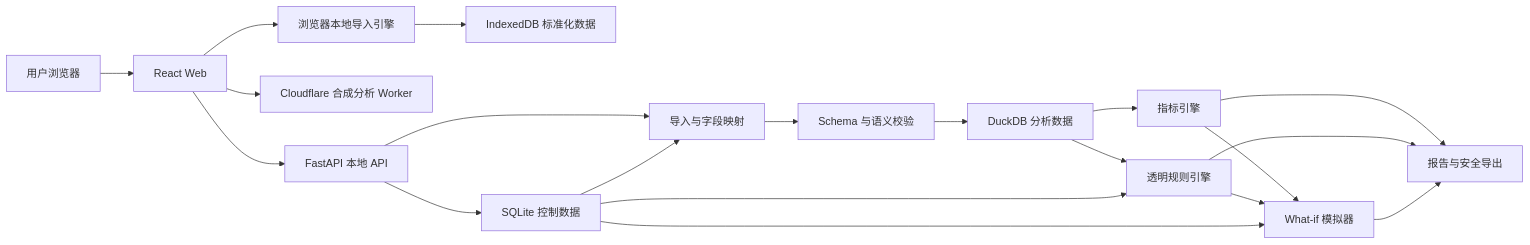
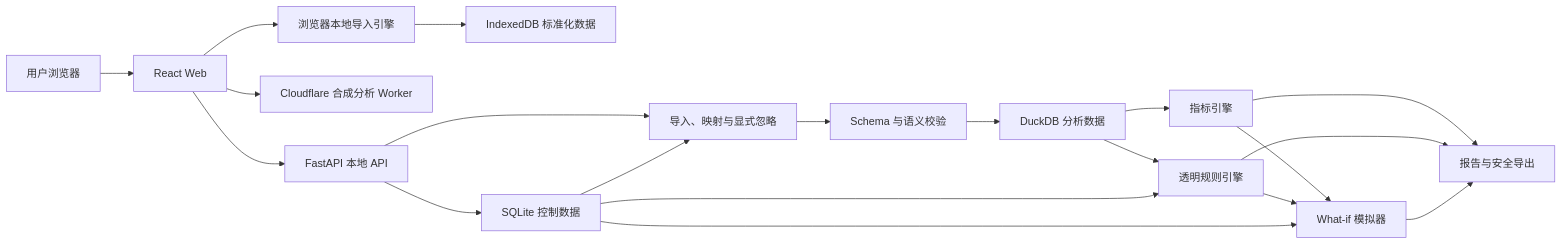
One commit to autumnnmutua/fulfilllens changed the diagram in docs/ARCHITECTURE.md. Above: the diagram before and after it, drawn with Mermaid. The commit also changed other lines of this file and 86 other files, not shown here.

````diff
--- a/docs/ARCHITECTURE.md
+++ b/docs/ARCHITECTURE.md
@@ -33,22 +33,22 @@
 ```mermaid
 flowchart LR
     U["用户浏览器"] --> W["React Web"]
     W --> B["浏览器本地导入引擎"]
     B --> BI["IndexedDB 标准化数据"]
     W --> CW["Cloudflare 合成分析 Worker"]
     W --> A["FastAPI 本地 API"]
-    A --> I["导入与字段映射"]
+    A --> I["导入、映射与显式忽略"]
     I --> V["Schema 与语义校验"]
     V --> D["DuckDB 分析数据"]
     A --> S["SQLite 控制数据"]
     D --> M["指标引擎"]
     D --> R["透明规则引擎"]
     M --> X["What-if 模拟器"]
     R --> X
     M --> P["报告与安全导出"]
     R --> P
     X --> P
     S --> I
     S --> R
     S --> X
 ```
````
